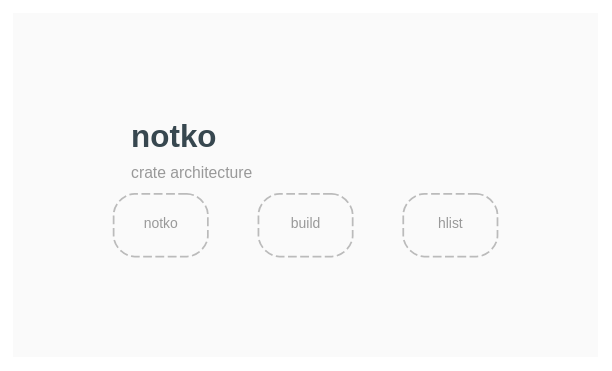
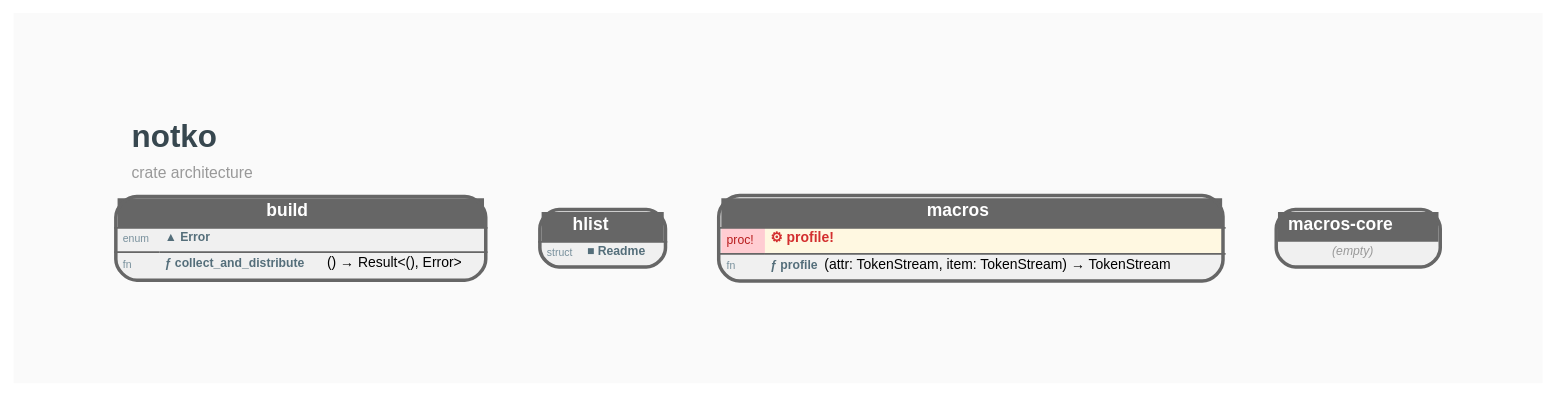
Before and after one commit to orgrinrt/notko: the diagram in docs/STRUCTURE.GRAPH.dot, drawn with Graphviz. The commit also changed 14 other files, not shown here.

```diff
--- a/docs/STRUCTURE.GRAPH.dot
+++ b/docs/STRUCTURE.GRAPH.dot
@@ -1,30 +1,31 @@
 // AUTO-GENERATED: DO NOT EDIT DIRECTLY
 //
 // Generated by: mockspace (mock)
-// Generated at: 2026-11-19T22:54:43Z
+// Generated at: 2026-11-19T23:00:29Z
 // Source: mock/
 // To regenerate: cargo mock
 
 digraph "notko" {
     rankdir=BT;
     newrank=true;
     bgcolor="#FAFAFA";
     graph [fontname="Helvetica", fontsize=10, pad=0.8, nodesep=0.4, ranksep=1.0];
     node [fontname="Helvetica", fontsize=8];
     edge [fontname="Helvetica", fontsize=7, color="#BBBBBB", arrowsize=0.5, penwidth=0.8];
 
     labelloc=t;
     labeljust=l;
     label=<<TABLE BORDER="0" CELLBORDER="0" CELLSPACING="0"><TR><TD ALIGN="LEFT"><FONT POINT-SIZE="18" COLOR="#37474F"><B>notko</B></FONT></TD></TR><TR><TD ALIGN="LEFT"><FONT POINT-SIZE="9" COLOR="#999999">crate architecture</FONT></TD></TR></TABLE>>;
 
-    // designed, not yet built
-    notko [shape=box, style="dashed,rounded", color="#BBBBBB", fontcolor="#999999", label="notko"];
-    notko_build [shape=box, style="dashed,rounded", color="#BBBBBB", fontcolor="#999999", label="build"];
-    notko_hlist [shape=box, style="dashed,rounded", color="#BBBBBB", fontcolor="#999999", label="hlist"];
+    notko_build [shape=none, margin=0, label=<<TABLE BORDER="2" CELLBORDER="0" CELLSPACING="0" CELLPADDING="3" BGCOLOR="#F0F0F0" COLOR="#666666" STYLE="ROUNDED"><TR><TD COLSPAN="2" BGCOLOR="#666666" ALIGN="CENTER"><FONT COLOR="white" POINT-SIZE="10"><B>  build  </B></FONT></TD></TR><HR/><TR><TD ALIGN="LEFT"><FONT COLOR="#78909C" POINT-SIZE="6">enum</FONT></TD><TD ALIGN="LEFT" PORT="p_Error"><FONT COLOR="#546E7A" POINT-SIZE="7"><B>▲ Error</B></FONT></TD></TR><HR/><TR><TD ALIGN="LEFT"><FONT COLOR="#78909C" POINT-SIZE="6">fn</FONT></TD><TD ALIGN="LEFT" PORT="p_collect_and_distribute"><FONT COLOR="#546E7A" POINT-SIZE="7"><B>ƒ collect_and_distribute</B></FONT>() → Result&lt;(), Error&gt;</TD></TR></TABLE>>];
+    notko_hlist [shape=none, margin=0, label=<<TABLE BORDER="2" CELLBORDER="0" CELLSPACING="0" CELLPADDING="3" BGCOLOR="#F0F0F0" COLOR="#666666" STYLE="ROUNDED"><TR><TD COLSPAN="2" BGCOLOR="#666666" ALIGN="CENTER"><FONT COLOR="white" POINT-SIZE="10"><B>  hlist  </B></FONT></TD></TR><HR/><TR><TD ALIGN="LEFT"><FONT COLOR="#78909C" POINT-SIZE="6">struct</FONT></TD><TD ALIGN="LEFT" PORT="p_Readme"><FONT COLOR="#546E7A" POINT-SIZE="7"><B>■ Readme</B></FONT></TD></TR></TABLE>>];
+    notko_macros [shape=none, margin=0, label=<<TABLE BORDER="2" CELLBORDER="0" CELLSPACING="0" CELLPADDING="3" BGCOLOR="#F0F0F0" COLOR="#666666" STYLE="ROUNDED"><TR><TD COLSPAN="2" BGCOLOR="#666666" ALIGN="CENTER"><FONT COLOR="white" POINT-SIZE="10"><B>  macros  </B></FONT></TD></TR><HR/><TR><TD ALIGN="LEFT" BGCOLOR="#FFCDD2"><FONT COLOR="#B71C1C" POINT-SIZE="7">proc!</FONT></TD><TD ALIGN="LEFT" BGCOLOR="#FFF8E1" PORT="p_profile"><FONT COLOR="#D32F2F"><B>⚙ profile!</B></FONT></TD></TR><HR/><TR><TD ALIGN="LEFT"><FONT COLOR="#78909C" POINT-SIZE="6">fn</FONT></TD><TD ALIGN="LEFT" PORT="p_profile"><FONT COLOR="#546E7A" POINT-SIZE="7"><B>ƒ profile</B></FONT>(attr: TokenStream, item: TokenStream) → TokenStream</TD></TR></TABLE>>];
+    notko_macros_core [shape=none, margin=0, label=<<TABLE BORDER="2" CELLBORDER="0" CELLSPACING="0" CELLPADDING="3" BGCOLOR="#F0F0F0" COLOR="#666666" STYLE="ROUNDED"><TR><TD COLSPAN="2" BGCOLOR="#666666" ALIGN="CENTER"><FONT COLOR="white" POINT-SIZE="10"><B>  macros-core  </B></FONT></TD></TR><TR><TD COLSPAN="2"><FONT COLOR="#999999" POINT-SIZE="7"><I>(empty)</I></FONT></TD></TR></TABLE>>];
 
-
+    { rank=same; notko_build; notko_hlist; notko_macros_core; } // depth 0
+    { rank=same; notko_macros; } // depth 1
 
 
     // Dependency edges (transitively reduced)
 
 }
```
